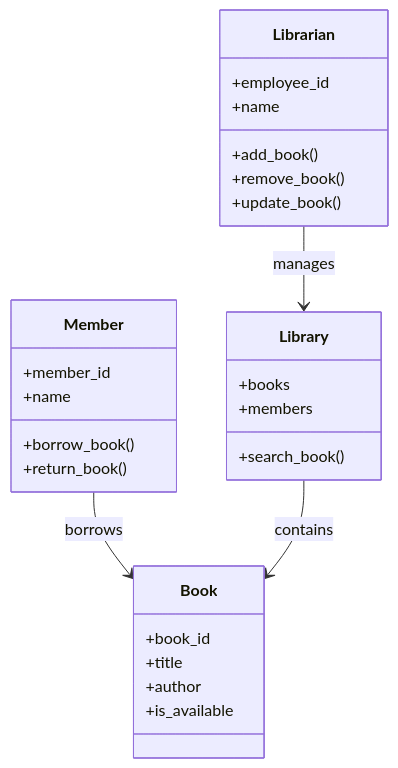
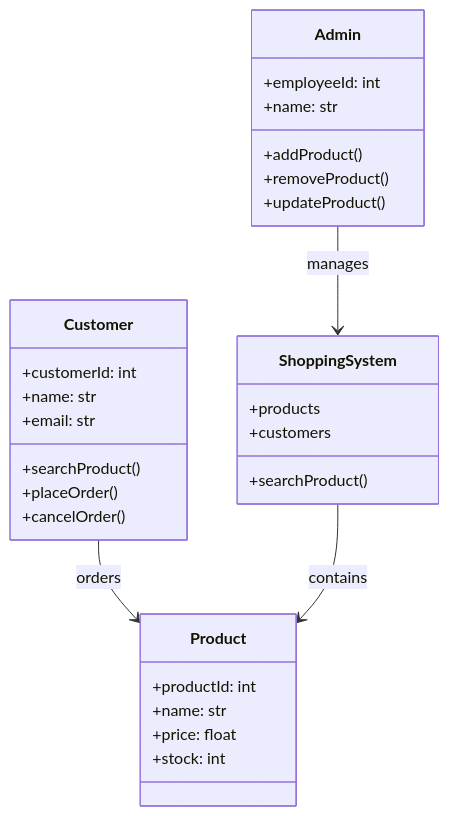
Before and after one commit to NagachandanP/python-low-level-design: the diagram in 01_oop_foundations/02_system_modeling/docs/class_diagram.md, drawn with Mermaid. The commit also changed other lines of this file and 5 other files, not shown here.

Commit message:
feat(oop): complete lesson 02 - uml system modeling

````diff
--- a/01_oop_foundations/02_system_modeling/docs/class_diagram.md
+++ b/01_oop_foundations/02_system_modeling/docs/class_diagram.md
@@ -9,35 +38,40 @@
 ```mermaid
 classDiagram
 
-class Member {
-    +member_id
-    +name
-    +borrow_book()
-    +return_book()
+class Customer {
+    +customerId: int
+    +name: str
+    +email: str
+
+    +searchProduct()
+    +placeOrder()
+    +cancelOrder()
 }
 
-class Book {
-    +book_id
-    +title
-    +author
-    +is_available
+class Product {
+    +productId: int
+    +name: str
+    +price: float
+    +stock: int
 }
 
-class Librarian {
-    +employee_id
-    +name
-    +add_book()
-    +remove_book()
-    +update_book()
+class Admin {
+    +employeeId: int
+    +name: str
+
+    +addProduct()
+    +removeProduct()
+    +updateProduct()
 }
 
-class Library {
-    +books
-    +members
-    +search_book()
+class ShoppingSystem {
+    +products
+    +customers
+
+    +searchProduct()
 }
 
-Member --> Book : borrows
-Librarian --> Library : manages
-Library --> Book : contains
+Customer --> Product : orders
+Admin --> ShoppingSystem : manages
+ShoppingSystem --> Product : contains
 ```
````
